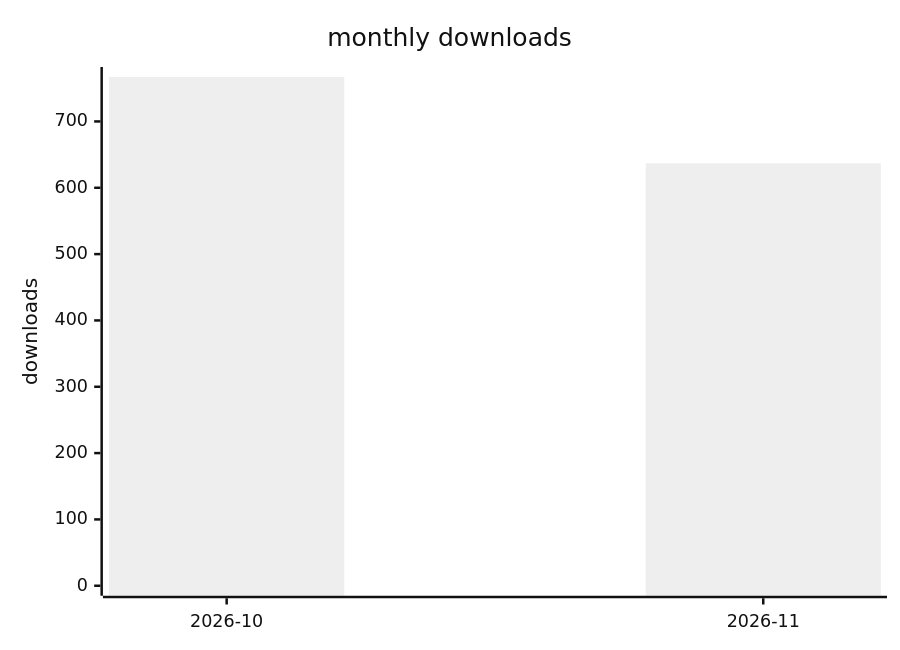
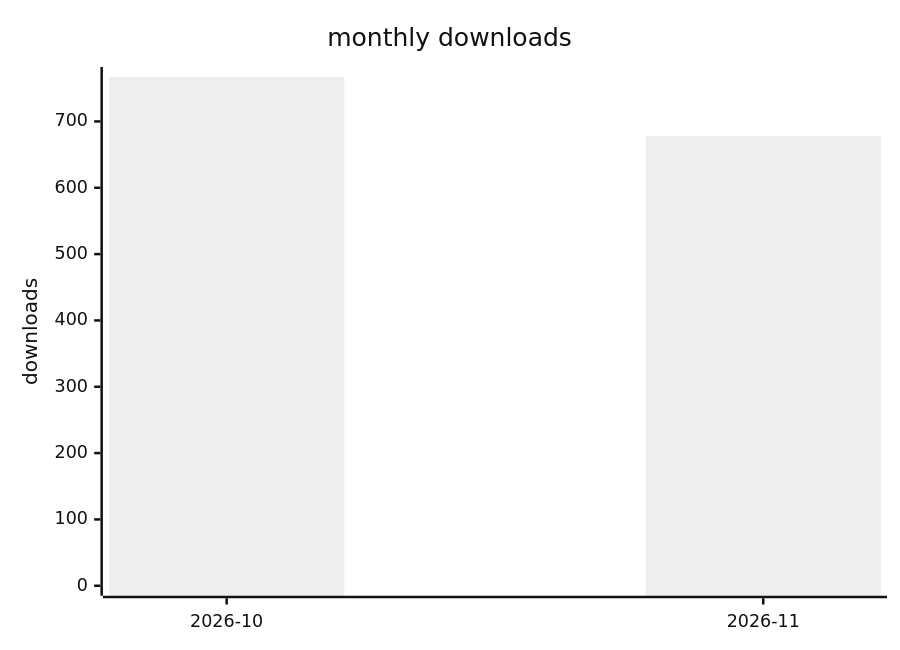
The second of 2 diagrams in docs/downloads-2026.md (terry2010/opencode-loop-recover), drawn with Mermaid (neutral theme) before and after one commit. The commit also changed other lines of this file and 1 other file, not shown here.

````diff
--- a/docs/downloads-2026.md
+++ b/docs/downloads-2026.md
@@ -29,7 +29,7 @@
 ```mermaid
 xychart-beta
     title "monthly downloads"
     x-axis ["2026-10", "2026-11"]
     y-axis "downloads" 0 --> 767
-    bar [767, 637]
+    bar [767, 678]
 ```
````
